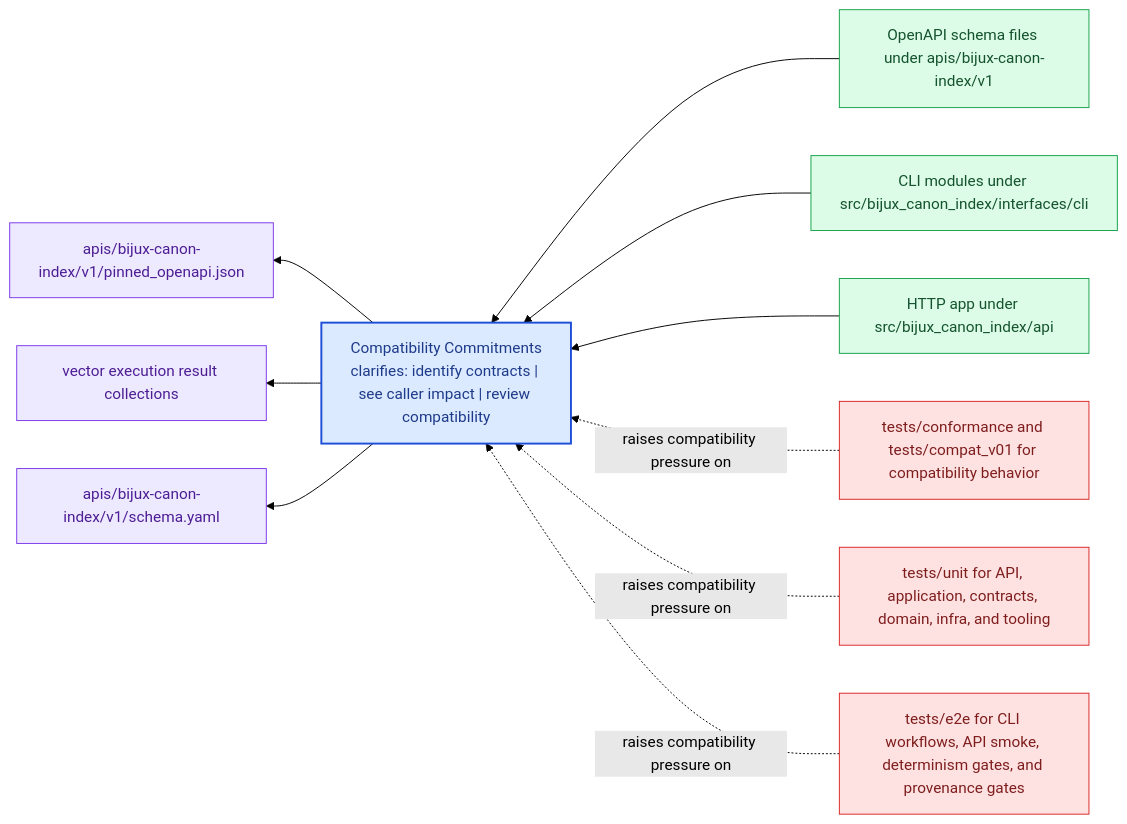
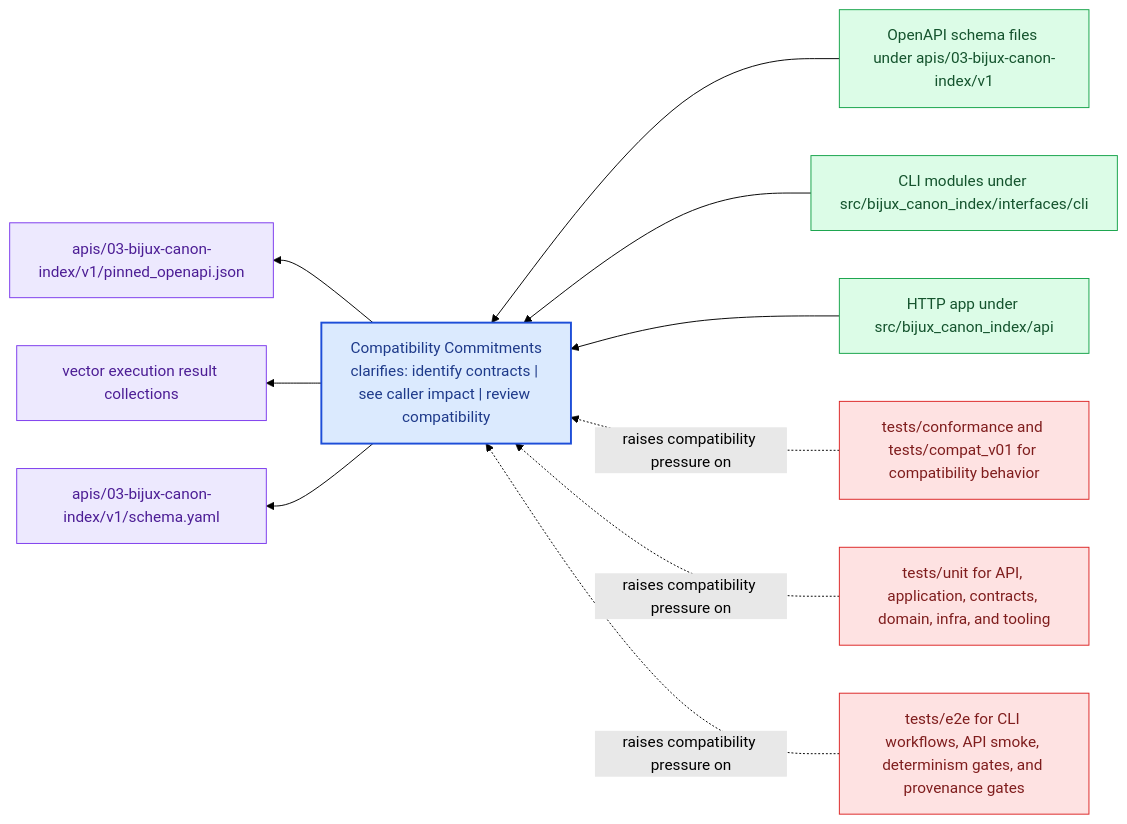
One commit to bijux/bijux-canon changed the diagram in docs/03-bijux-canon-index/interfaces/compatibility-commitments.md. Above: the diagram before and after it, drawn with Mermaid (forest theme). The commit also changed other lines of this file and 167 other files, not shown here.

````diff
--- a/docs/03-bijux-canon-index/interfaces/compatibility-commitments.md
+++ b/docs/03-bijux-canon-index/interfaces/compatibility-commitments.md
@@ -23,31 +23,31 @@
 ```mermaid
 flowchart RL
     page["Compatibility Commitments<br/>clarifies: identify contracts | see caller impact | review compatibility"]
     classDef page fill:#dbeafe,stroke:#1d4ed8,color:#1e3a8a,stroke-width:2px;
     classDef positive fill:#dcfce7,stroke:#16a34a,color:#14532d;
     classDef caution fill:#fee2e2,stroke:#dc2626,color:#7f1d1d;
     classDef anchor fill:#ede9fe,stroke:#7c3aed,color:#4c1d95;
     classDef action fill:#fef3c7,stroke:#d97706,color:#7c2d12;
-    surface1["OpenAPI schema files under apis/bijux-canon-index/v1"]
+    surface1["OpenAPI schema files under apis/03-bijux-canon-index/v1"]
     surface1 --> page
     surface2["CLI modules under src/bijux_canon_index/interfaces/cli"]
     surface2 --> page
     surface3["HTTP app under src/bijux_canon_index/api"]
     surface3 --> page
-    proof1["apis/bijux-canon-index/v1/pinned_openapi.json"]
+    proof1["apis/03-bijux-canon-index/v1/pinned_openapi.json"]
     page --> proof1
     proof2["vector execution result collections"]
     page --> proof2
-    proof3["apis/bijux-canon-index/v1/schema.yaml"]
+    proof3["apis/03-bijux-canon-index/v1/schema.yaml"]
     page --> proof3
     review1["tests/conformance and tests/compat_v01 for compatibility behavior"]
     review1 -.raises compatibility pressure on.-> page
     review2["tests/unit for API, application, contracts, domain, infra, and tooling"]
     review2 -.raises compatibility pressure on.-> page
     review3["tests/e2e for CLI workflows, API smoke, determinism gates, and provenance gates"]
     review3 -.raises compatibility pressure on.-> page
     class page page;
     class surface1,surface2,surface3 positive;
     class proof1,proof2,proof3 anchor;
     class review1,review2,review3 caution;
 ```
````
